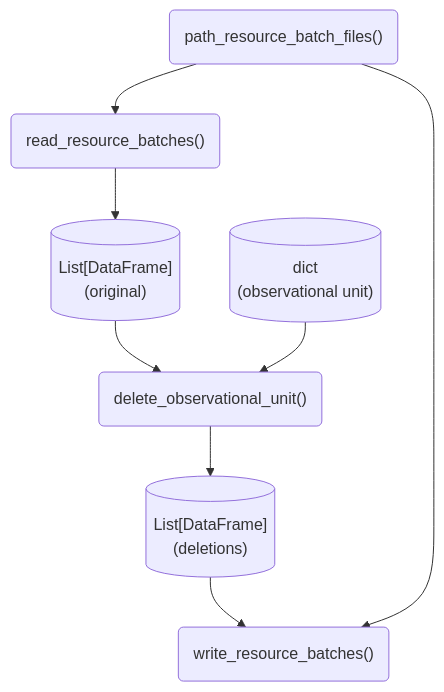
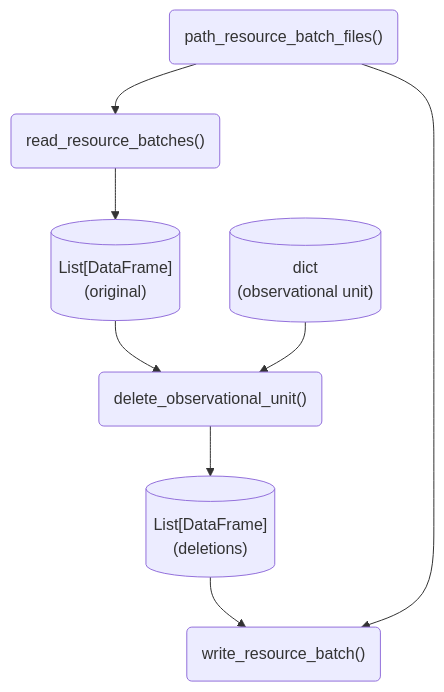
The diagram in docs/design/interface/flows.qmd (seedcase-project/seedcase-sprout), drawn with Mermaid before and after one commit. The commit also changed 1 other file, not shown here.

Commit message:
docs: :pencil2: clarify the explanation, but update to `_batch()`

````diff
--- a/docs/design/interface/flows.qmd
+++ b/docs/design/interface/flows.qmd
@@ -45,21 +45,21 @@
 ```{mermaid}
 %%| label: fig-flow-delete-observational-unit
 %%| fig-cap: "Diagram showing the flow of objects and functions to delete an observational unit."
 %%| fig-alt: "A flow diagram showing the steps to delete an observational unit."
 flowchart
     path_resource_batch_files("path_resource_batch_files()")
     read_resource_batches("read_resource_batches()")
     list_data_current[("List[DataFrame]<br>(original)")]
     list_data_deletions[("List[DataFrame]<br>(deletions)")]
     obs_unit[("dict<br>(observational unit)")]
     delete_observational_unit("delete_observational_unit()")
-    write_resource_batches("write_resource_batches()")
+    write_resource_batch("write_resource_batch()")
 
     path_resource_batch_files --> read_resource_batches
     read_resource_batches --> list_data_current
     list_data_current --> delete_observational_unit
     obs_unit --> delete_observational_unit
     delete_observational_unit --> list_data_deletions
-    list_data_deletions --> write_resource_batches
-    path_resource_batch_files --> write_resource_batches
+    list_data_deletions --> write_resource_batch
+    path_resource_batch_files --> write_resource_batch
 ```
````
